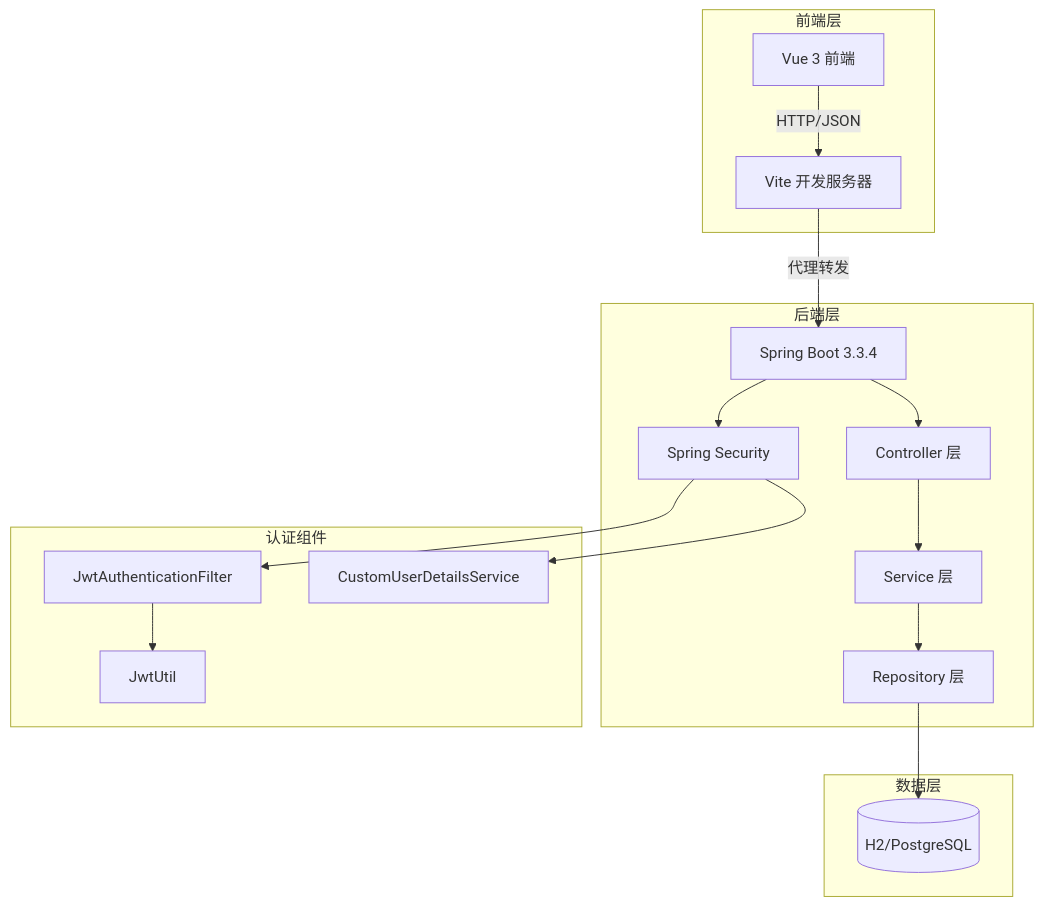
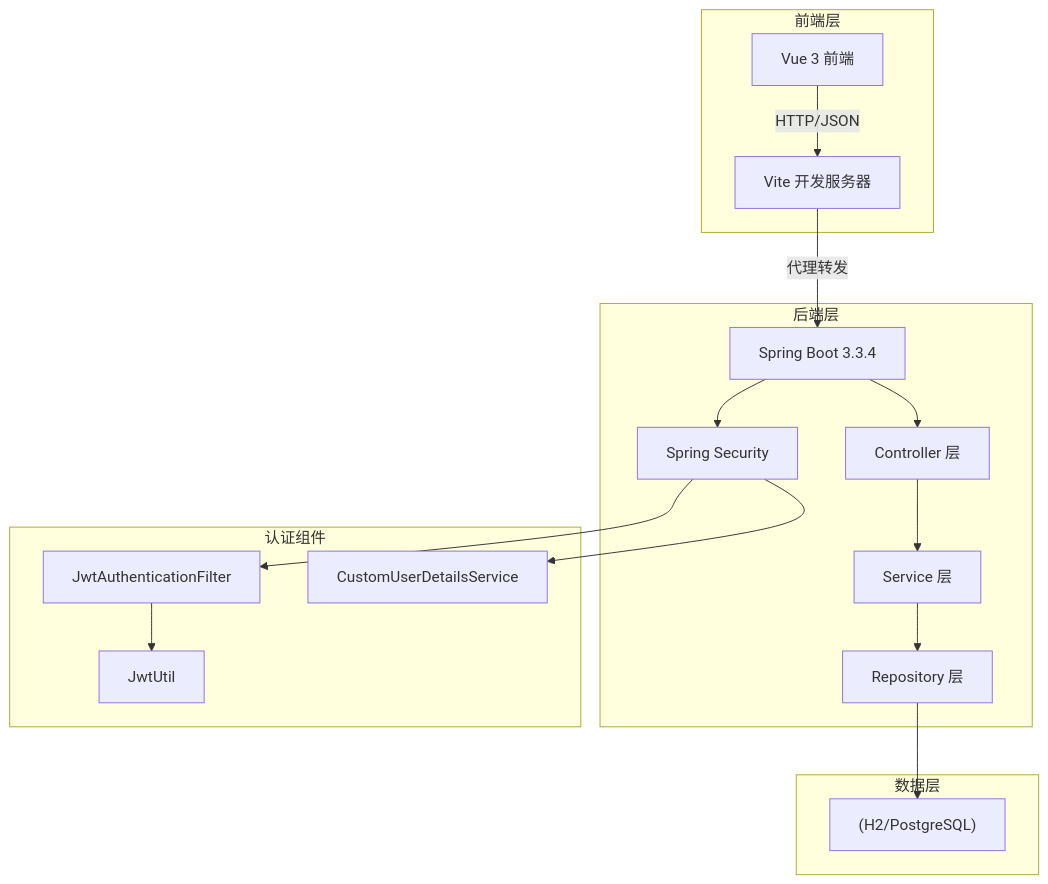
One commit to RONGX563647/CSTP changed the first of 13 diagrams in docs/1.2.用户管理登录注册开发.md. Above: the diagram before and after it, drawn with Mermaid. The commit also changed other lines of this file and 29 other files, not shown here.

````diff
--- a/docs/1.2.用户管理登录注册开发.md
+++ b/docs/1.2.用户管理登录注册开发.md
@@ -9,24 +9,36 @@
 ```mermaid
-graph TB
-    subgraph 前端层
-        A[Vue 3 前端] -->|HTTP/JSON| B[Vite 开发服务器]
+flowchart TB
+    subgraph frontend["前端层"]
+        A["Vue 3 前端"]
+        B["Vite 开发服务器"]
     end
     
-    subgraph 后端层
-        B -->|代理转发 | C[Spring Boot 3.3.4]
-        C --> D[Spring Security]
-        C --> E[Controller 层]
-        E --> F[Service 层]
-        F --> G[Repository 层]
+    subgraph backend["后端层"]
+        C["Spring Boot 3.3.4"]
+        D["Spring Security"]
+        E["Controller 层"]
+        F["Service 层"]
+        G["Repository 层"]
     end
     
-    subgraph 数据层
-        G --> H[(H2/PostgreSQL)]
+    subgraph data["数据层"]
+        H["(H2/PostgreSQL)"]
     end
     
-    subgraph 认证组件
-        D --> I[JwtAuthenticationFilter]
-        I --> J[JwtUtil]
-        D --> K[CustomUserDetailsService]
+    subgraph auth["认证组件"]
+        I["JwtAuthenticationFilter"]
+        J["JwtUtil"]
+        K["CustomUserDetailsService"]
     end
+    
+    A -->|"HTTP/JSON"| B
+    B -->|"代理转发"| C
+    C --> D
+    C --> E
+    E --> F
+    F --> G
+    G --> H
+    D --> I
+    I --> J
+    D --> K
 ```
````
